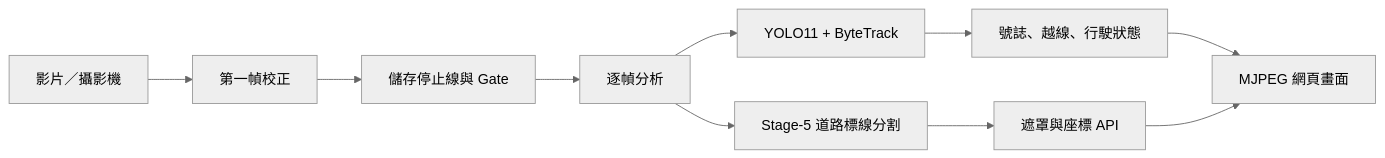
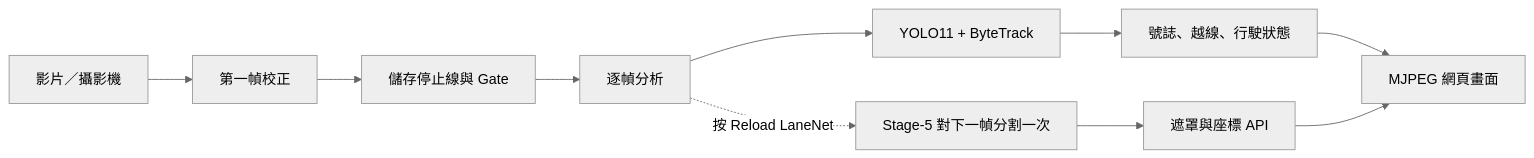
Before and after one commit to youying971201-lgtm/proj: the diagram in README.md, drawn with Mermaid (neutral theme). The commit also changed other lines of this file and 5 other files, not shown here.

Commit message:
加入 LaneNet 按需重載

````diff
--- a/README.md
+++ b/README.md
@@ -27,12 +27,12 @@
 ```mermaid
 flowchart LR
     A[影片／攝影機] --> B[第一幀校正]
     B --> C[儲存停止線與 Gate]
     C --> D[逐幀分析]
     D --> E[YOLO11 + ByteTrack]
-    D --> F[Stage-5 道路標線分割]
+    D -. 按 Reload LaneNet .-> F[Stage-5 對下一幀分割一次]
     E --> G[號誌、越線、行駛狀態]
     F --> H[遮罩與座標 API]
     G --> I[MJPEG 網頁畫面]
     H --> I
 ```
````
